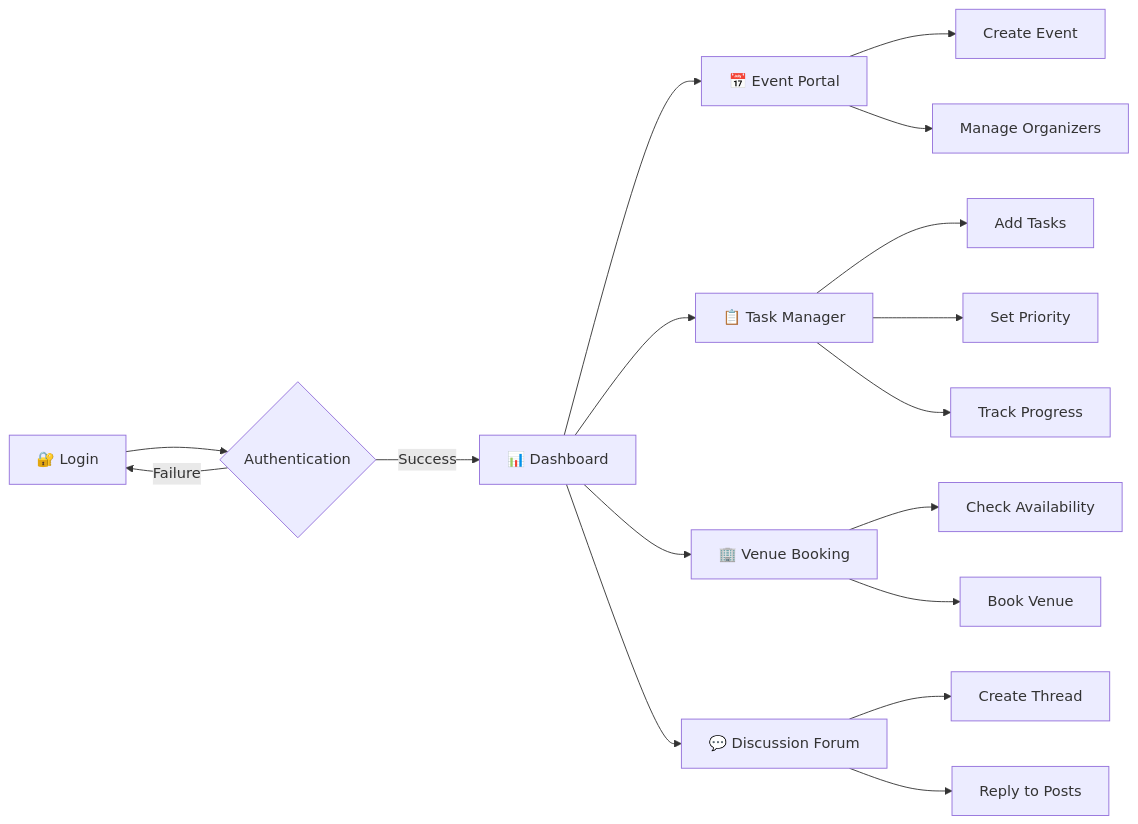
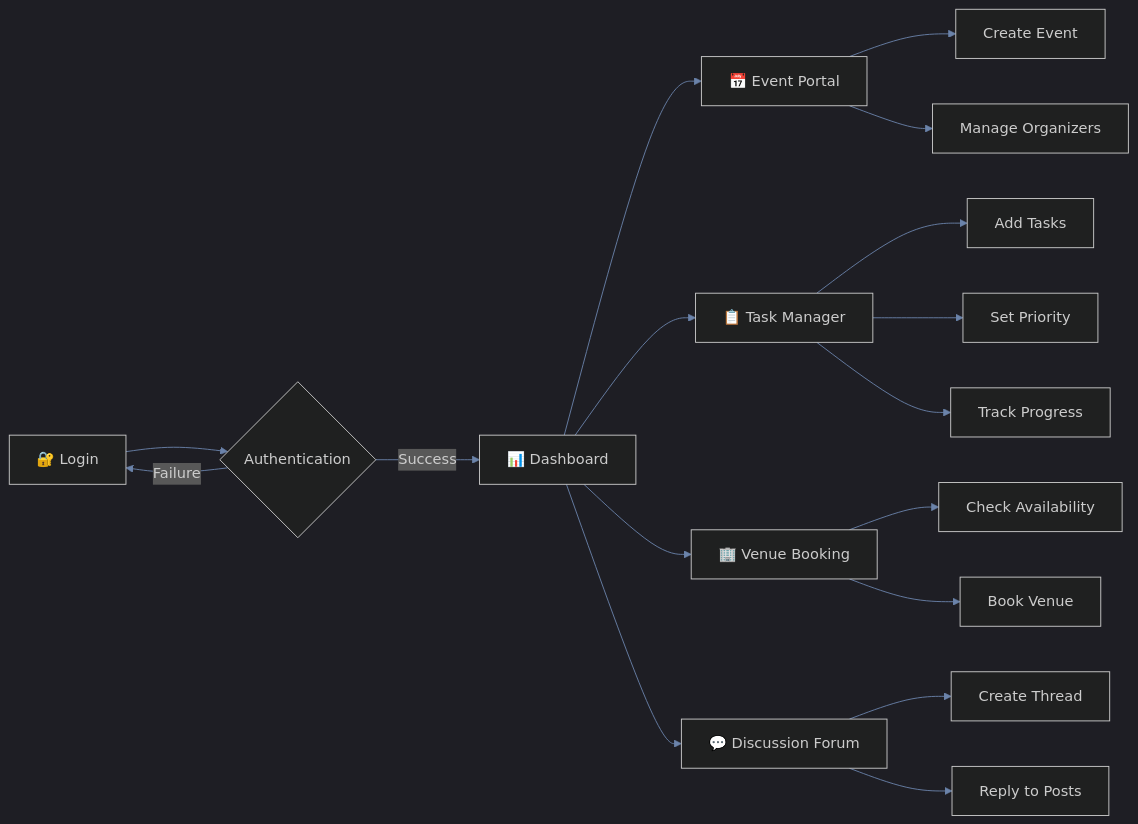
The second of 5 diagrams in README.md (Ir-Rafi/PlanIt), drawn with Mermaid before and after one commit. The commit also changed other lines of this file, not shown here.

````diff
--- a/README.md
+++ b/README.md
@@ -142,24 +136,25 @@
 ```mermaid
+%%{init: {'theme': 'dark', 'themeVariables': { 'primaryColor': '#383a42', 'primaryTextColor': '#abb2bf', 'lineColor': '#6b83aA', 'secondaryColor': '#282c34', 'tertiaryColor': '#21252b'}}}%%
 flowchart LR
     A[🔐 Login] --> B{Authentication}
     B -->|Success| C[📊 Dashboard]
     B -->|Failure| A
     
     C --> D[📅 Event Portal]
     C --> E[📋 Task Manager]
     C --> F[🏢 Venue Booking]
     C --> G[💬 Discussion Forum]
     
     D --> H[Create Event]
     D --> I[Manage Organizers]
     
     E --> J[Add Tasks]
     E --> K[Set Priority]
     E --> L[Track Progress]
     
     F --> M[Check Availability]
     F --> N[Book Venue]
     
     G --> O[Create Thread]
     G --> P[Reply to Posts]
 ```
````
